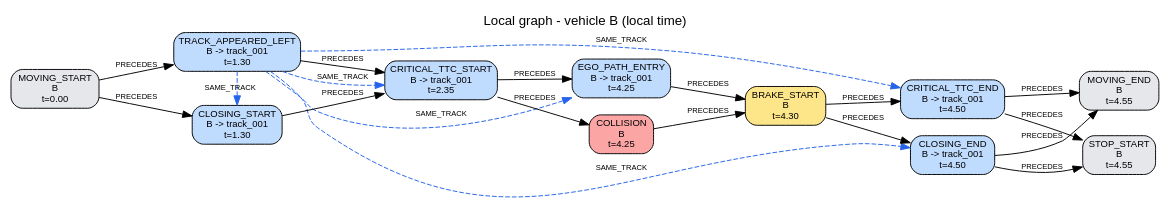
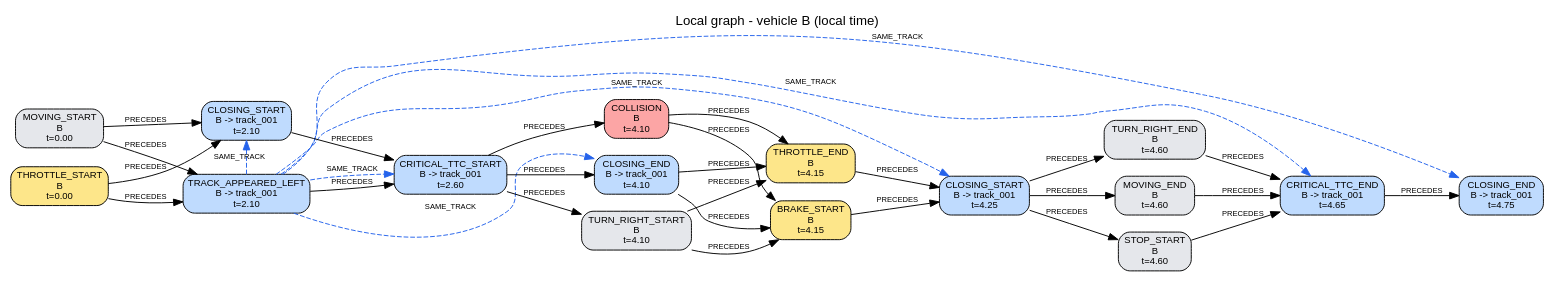
One commit to AndreaBedei1/causaldrive-forensics changed the diagram in traces/S03/run_0_crash/reconstruction/B/local_graph.dot. Above: the diagram before and after it, drawn with Graphviz. The commit also changed 1878 other files, not shown here.

```diff
--- a/traces/S03/run_0_crash/reconstruction/B/local_graph.dot
+++ b/traces/S03/run_0_crash/reconstruction/B/local_graph.dot
@@ -1,39 +1,56 @@
 digraph "local_B" {
   graph [rankdir=LR, labelloc=t, fontname=Helvetica, label="Local graph - vehicle B (local time)"];
   node [shape=box, style="rounded,filled", fontname=Helvetica, fontsize=10];
   edge [fontname=Helvetica, fontsize=8];
   "B:e01" [label="MOVING_START\nB\nt=0.00", fillcolor="#e5e7eb"];
-  "B:e02" [label="TRACK_APPEARED_LEFT\nB -> track_001\nt=1.30", fillcolor="#bfdbfe"];
-  "B:e03" [label="CLOSING_START\nB -> track_001\nt=1.30", fillcolor="#bfdbfe"];
-  "B:e04" [label="CRITICAL_TTC_START\nB -> track_001\nt=2.35", fillcolor="#bfdbfe"];
-  "B:e05" [label="COLLISION\nB\nt=4.25", fillcolor="#fca5a5"];
-  "B:e06" [label="EGO_PATH_ENTRY\nB -> track_001\nt=4.25", fillcolor="#bfdbfe"];
-  "B:e07" [label="BRAKE_START\nB\nt=4.30", fillcolor="#fde68a"];
-  "B:e08" [label="CRITICAL_TTC_END\nB -> track_001\nt=4.50", fillcolor="#bfdbfe"];
-  "B:e09" [label="CLOSING_END\nB -> track_001\nt=4.50", fillcolor="#bfdbfe"];
-  "B:e10" [label="MOVING_END\nB\nt=4.55", fillcolor="#e5e7eb"];
-  "B:e11" [label="STOP_START\nB\nt=4.55", fillcolor="#e5e7eb"];
-  {rank=same; "B:e02"; "B:e03";}
-  {rank=same; "B:e05"; "B:e06";}
-  {rank=same; "B:e08"; "B:e09";}
-  {rank=same; "B:e10"; "B:e11";}
-  "B:e01" -> "B:e02" [label="PRECEDES"];
+  "B:e02" [label="THROTTLE_START\nB\nt=0.00", fillcolor="#fde68a"];
+  "B:e03" [label="TRACK_APPEARED_LEFT\nB -> track_001\nt=2.10", fillcolor="#bfdbfe"];
+  "B:e04" [label="CLOSING_START\nB -> track_001\nt=2.10", fillcolor="#bfdbfe"];
+  "B:e05" [label="CRITICAL_TTC_START\nB -> track_001\nt=2.60", fillcolor="#bfdbfe"];
+  "B:e06" [label="COLLISION\nB\nt=4.10", fillcolor="#fca5a5"];
+  "B:e07" [label="CLOSING_END\nB -> track_001\nt=4.10", fillcolor="#bfdbfe"];
+  "B:e08" [label="TURN_RIGHT_START\nB\nt=4.10", fillcolor="#e5e7eb"];
+  "B:e09" [label="THROTTLE_END\nB\nt=4.15", fillcolor="#fde68a"];
+  "B:e10" [label="BRAKE_START\nB\nt=4.15", fillcolor="#fde68a"];
+  "B:e11" [label="CLOSING_START\nB -> track_001\nt=4.25", fillcolor="#bfdbfe"];
+  "B:e12" [label="TURN_RIGHT_END\nB\nt=4.60", fillcolor="#e5e7eb"];
+  "B:e13" [label="MOVING_END\nB\nt=4.60", fillcolor="#e5e7eb"];
+  "B:e14" [label="STOP_START\nB\nt=4.60", fillcolor="#e5e7eb"];
+  "B:e15" [label="CRITICAL_TTC_END\nB -> track_001\nt=4.65", fillcolor="#bfdbfe"];
+  "B:e16" [label="CLOSING_END\nB -> track_001\nt=4.75", fillcolor="#bfdbfe"];
+  {rank=same; "B:e01"; "B:e02";}
+  {rank=same; "B:e03"; "B:e04";}
+  {rank=same; "B:e06"; "B:e07"; "B:e08";}
+  {rank=same; "B:e09"; "B:e10";}
+  {rank=same; "B:e12"; "B:e13"; "B:e14";}
   "B:e01" -> "B:e03" [label="PRECEDES"];
+  "B:e01" -> "B:e04" [label="PRECEDES"];
+  "B:e02" -> "B:e03" [label="PRECEDES"];
   "B:e02" -> "B:e04" [label="PRECEDES"];
-  "B:e03" -> "B:e04" [label="PRECEDES"];
+  "B:e03" -> "B:e05" [label="PRECEDES"];
   "B:e04" -> "B:e05" [label="PRECEDES"];
-  "B:e04" -> "B:e06" [label="PRECEDES"];
+  "B:e05" -> "B:e06" [label="PRECEDES"];
   "B:e05" -> "B:e07" [label="PRECEDES"];
-  "B:e06" -> "B:e07" [label="PRECEDES"];
-  "B:e07" -> "B:e08" [label="PRECEDES"];
+  "B:e05" -> "B:e08" [label="PRECEDES"];
+  "B:e06" -> "B:e09" [label="PRECEDES"];
+  "B:e06" -> "B:e10" [label="PRECEDES"];
   "B:e07" -> "B:e09" [label="PRECEDES"];
+  "B:e07" -> "B:e10" [label="PRECEDES"];
+  "B:e08" -> "B:e09" [label="PRECEDES"];
   "B:e08" -> "B:e10" [label="PRECEDES"];
-  "B:e08" -> "B:e11" [label="PRECEDES"];
-  "B:e09" -> "B:e10" [label="PRECEDES"];
   "B:e09" -> "B:e11" [label="PRECEDES"];
-  "B:e02" -> "B:e03" [label="SAME_TRACK", style=dashed, color="#2563eb", constraint=false];
-  "B:e02" -> "B:e04" [label="SAME_TRACK", style=dashed, color="#2563eb", constraint=false];
-  "B:e02" -> "B:e06" [label="SAME_TRACK", style=dashed, color="#2563eb", constraint=false];
-  "B:e02" -> "B:e08" [label="SAME_TRACK", style=dashed, color="#2563eb", constraint=false];
-  "B:e02" -> "B:e09" [label="SAME_TRACK", style=dashed, color="#2563eb", constraint=false];
+  "B:e10" -> "B:e11" [label="PRECEDES"];
+  "B:e11" -> "B:e12" [label="PRECEDES"];
+  "B:e11" -> "B:e13" [label="PRECEDES"];
+  "B:e11" -> "B:e14" [label="PRECEDES"];
+  "B:e12" -> "B:e15" [label="PRECEDES"];
+  "B:e13" -> "B:e15" [label="PRECEDES"];
+  "B:e14" -> "B:e15" [label="PRECEDES"];
+  "B:e15" -> "B:e16" [label="PRECEDES"];
+  "B:e03" -> "B:e04" [label="SAME_TRACK", style=dashed, color="#2563eb", constraint=false];
+  "B:e03" -> "B:e05" [label="SAME_TRACK", style=dashed, color="#2563eb", constraint=false];
+  "B:e03" -> "B:e07" [label="SAME_TRACK", style=dashed, color="#2563eb", constraint=false];
+  "B:e03" -> "B:e11" [label="SAME_TRACK", style=dashed, color="#2563eb", constraint=false];
+  "B:e03" -> "B:e15" [label="SAME_TRACK", style=dashed, color="#2563eb", constraint=false];
+  "B:e03" -> "B:e16" [label="SAME_TRACK", style=dashed, color="#2563eb", constraint=false];
 }
```
